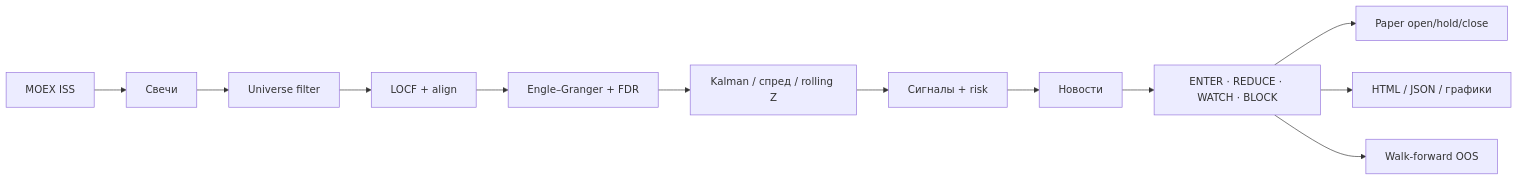
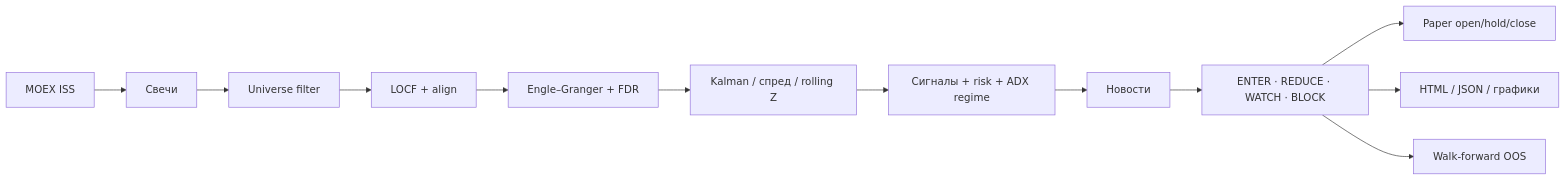
One commit to ITmeansIvanTyulkin/IMOEX changed the diagram in README.md. Above: the diagram before and after it, drawn with Mermaid. The commit also changed other lines of this file and 4 other files, not shown here.

````diff
--- a/README.md
+++ b/README.md
@@ -35,14 +36,14 @@
 ```mermaid
 flowchart LR
   A[MOEX ISS] --> B[Свечи]
   B --> U[Universe filter]
   U --> C[LOCF + align]
   C --> D[Engle–Granger + FDR]
   D --> E[Kalman / спред / rolling Z]
-  E --> F[Сигналы + risk]
+  E --> F[Сигналы + risk + ADX regime]
   F --> G[Новости]
   G --> H[ENTER · REDUCE · WATCH · BLOCK]
   H --> P[Paper open/hold/close]
   H --> I[HTML / JSON / графики]
   H --> W[Walk-forward OOS]
 ```
````
